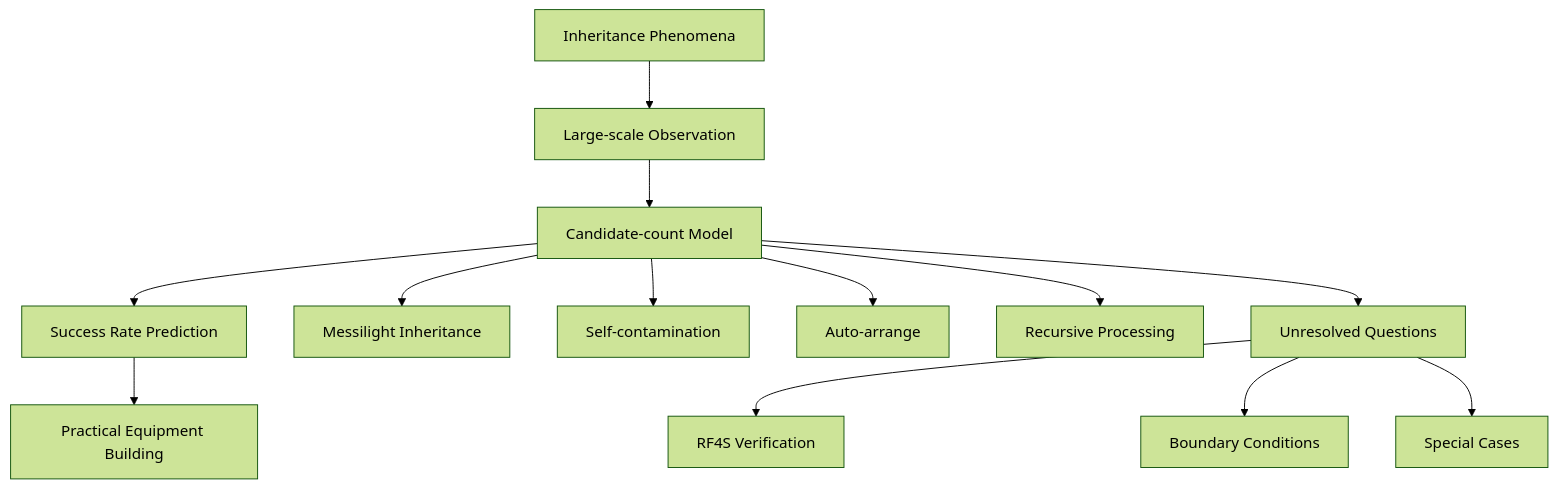
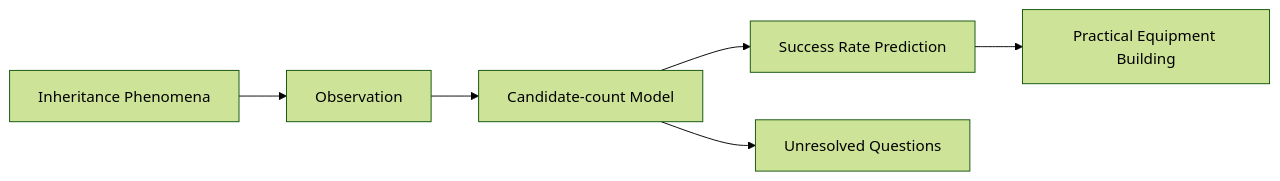
Before and after one commit to j13343sh/Rune-Factory-Inheritance-Research: the diagram in README.md, drawn with Mermaid (forest theme). The commit also changed other lines of this file, not shown here.

````diff
--- a/README.md
+++ b/README.md
@@ -14,23 +14,14 @@
 ```mermaid
-flowchart TD
+flowchart LR
 
 A[Inheritance Phenomena]
---> B[Large-scale Observation]
+--> B[Observation]
 
 B --> C[Candidate-count Model]
 
 C --> D[Success Rate Prediction]
 
 D --> E[Practical Equipment Building]
 
-C --> F[Messilight Inheritance]
-C --> G[Self-contamination]
-C --> H[Auto-arrange]
-C --> I[Recursive Processing]
-
-C --> J[Unresolved Questions]
-
-J --> K[RF4S Verification]
-J --> L[Boundary Conditions]
-J --> M[Special Cases]
+C --> F[Unresolved Questions]
 ```
````
